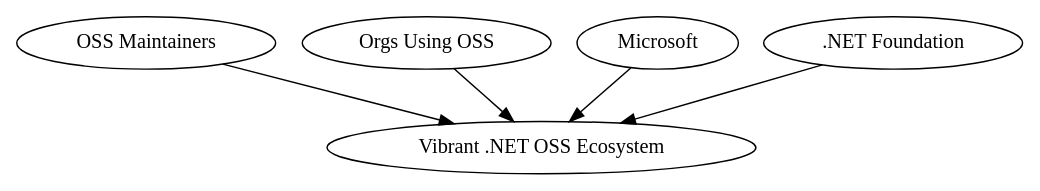
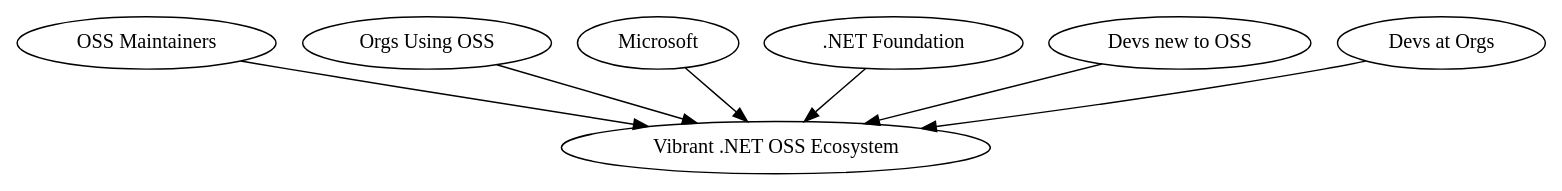
One commit to SeanKilleen/seankilleen.github.io changed the diagram in diagrams/vibrant-oss-impact-map.dot. Above: the diagram before and after it, drawn with Graphviz.

Commit message:
tiny bit more

```diff
--- a/diagrams/vibrant-oss-impact-map.dot
+++ b/diagrams/vibrant-oss-impact-map.dot
@@ -1,14 +1,18 @@
 digraph g {
     goal[label="Vibrant .NET OSS Ecosystem"]
     
     persona_maintainer [label="OSS Maintainers"]
     persona_consumerorg [label="Orgs Using OSS"]
     persona_microsoft [label="Microsoft"]
     persona_dotnetfdn [label=".NET Foundation"]
+    persona_newtooss [label="Devs new to OSS"]
+    persona_devsatorgs [label="Devs at Orgs"]
     
     persona_maintainer -> goal
     persona_consumerorg -> goal
     persona_microsoft -> goal
     persona_dotnetfdn -> goal
+    persona_newtooss -> goal
+    persona_devsatorgs -> goal
 
 }
```
